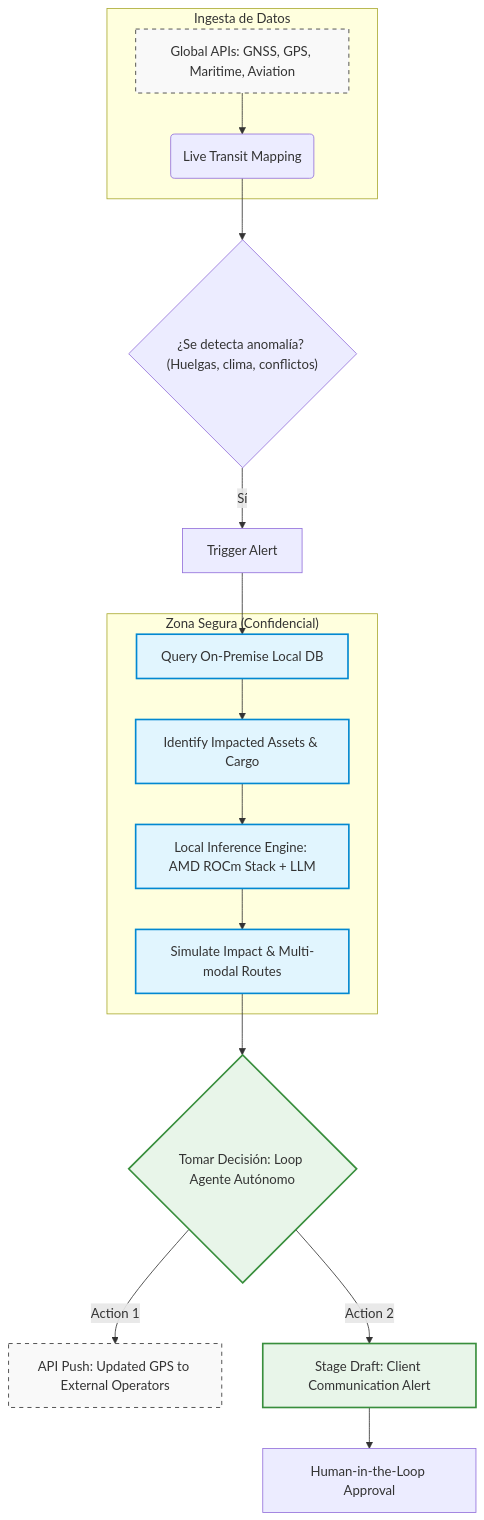
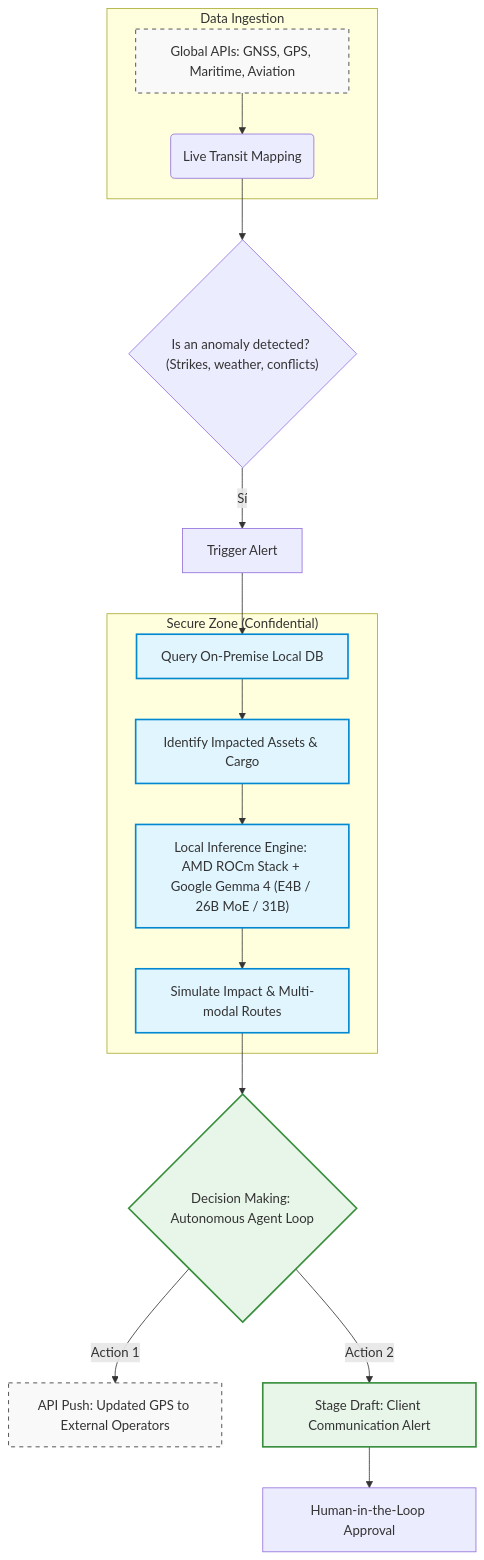
Before and after one commit to Lu2077/LogiSecureBackend: the diagram in README.md, drawn with Mermaid. The commit also changed other lines of this file, not shown here.

````diff
--- a/README.md
+++ b/README.md
@@ -30,40 +30,40 @@
 ```mermaid
 graph TD
     %% Definición de Estilos
     classDef external fill:#f9f9f9,stroke:#333,stroke-width:1px,stroke-dasharray: 5 5;
     classDef secure fill:#e1f5fe,stroke:#0288d1,stroke-width:2px;
     classDef agentic fill:#e8f5e9,stroke:#388e3c,stroke-width:2px;
 
-    %% Paso 1: Monitoreo
-    subgraph Ingesta_Datos ["Ingesta de Datos"]
+    %% Step 1: Monitoring
+    subgraph data_ingestion ["Data Ingestion"]
         A[Global APIs: GNSS, GPS, Maritime, Aviation] --> B(Live Transit Mapping)
     end
     class A external;
 
-    %% Paso 2: Detección
-    B --> C{"¿Se detecta anomalía? (Huelgas, clima, conflictos)"}
+    %% Step 2: Detection
+    B --> C{"Is an anomaly detected? (Strikes, weather, conflicts)"}
     
-    %% Paso 3: Correlación Local
+    %% Step 3: Local_Correlation
     C -- Sí --> D[Trigger Alert]
     D --> E[Query On-Premise Local DB]
     
-    subgraph Zona_Segura ["Zona Segura (Confidencial)"]
+    subgraph Safe_Zone ["Secure Zone (Confidential)"]
         E --> F[Identify Impacted Assets & Cargo]
         
-        %% Paso 4: Inferencia AMD
-        F --> G["Local Inference Engine: AMD ROCm Stack + LLM"]
+        %% Step 4: Inference AMD
+        F --> G["Local Inference Engine: AMD ROCm Stack + Google Gemma 4 (E4B / 26B MoE / 31B)"]
         G --> H[Simulate Impact & Multi-modal Routes]
     end
     class E,F,G,H secure;
 
-    %% Paso 5: Ejecución Agente vs Workflow
-    H --> I{"Tomar Decisión: Loop Agente Autónomo"}
+    %% Step 5: Agent Execution vs. Workflow
+    H --> I{"Decision Making: Autonomous Agent Loop"}
     
     I -->|Action 1| J[API Push: Updated GPS to External Operators]
     I -->|Action 2| K[Stage Draft: Client Communication Alert]
     
     K --> L[Human-in-the-Loop Approval]
     
     class I,J,K agentic;
     class J external;
 ```
````
